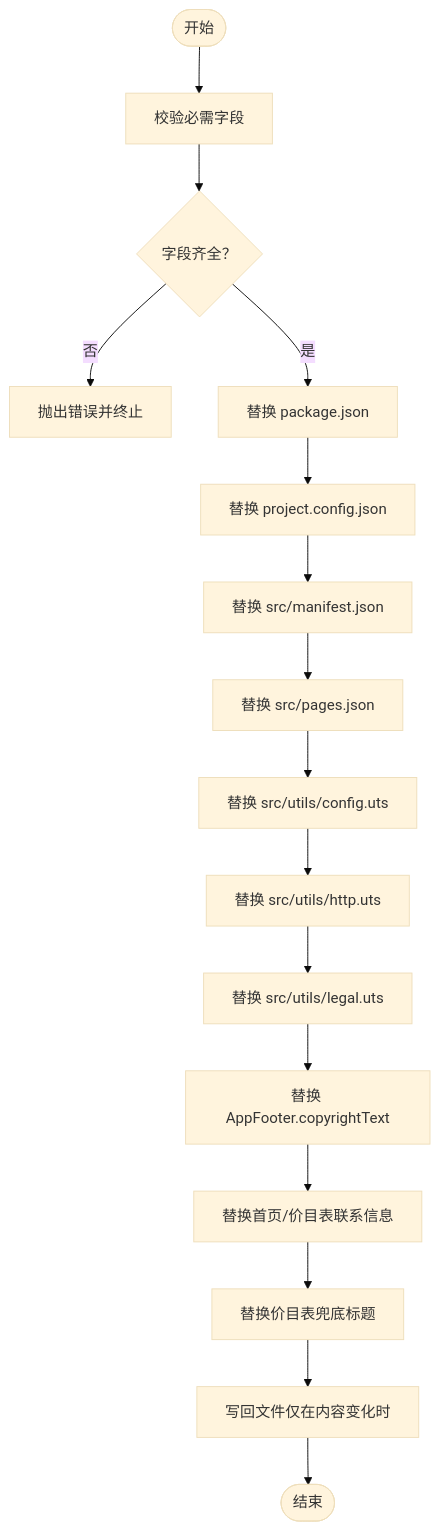
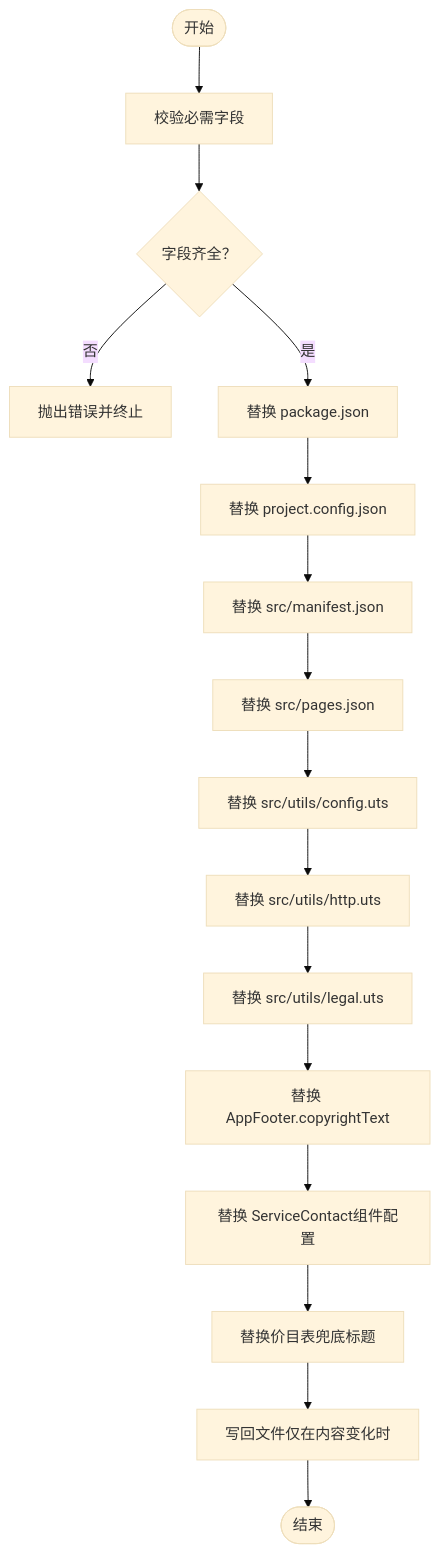
Before and after one commit to crazyma99/blueberry: the third of 4 diagrams in .qoder/repowiki/zh/content/Profile配置系统/Profile应用流程.md, drawn with Mermaid (base theme). The commit also changed other lines of this file and 14 other files, not shown here.

````diff
--- a/.qoder/repowiki/zh/content/Profile配置系统/Profile应用流程.md
+++ b/.qoder/repowiki/zh/content/Profile配置系统/Profile应用流程.md
@@ -197,18 +222,18 @@
 ```mermaid
 flowchart TD
 Start(["开始"]) --> CheckEnv["校验必需字段"]
 CheckEnv --> EnvOK{"字段齐全？"}
 EnvOK --> |否| ThrowErr["抛出错误并终止"]
 EnvOK --> |是| ReplacePkg["替换 package.json"]
 ReplacePkg --> ReplaceCfg["替换 project.config.json"]
 ReplaceCfg --> ReplaceMan["替换 src/manifest.json"]
 ReplaceMan --> ReplacePages["替换 src/pages.json"]
 ReplacePages --> ReplaceConf["替换 src/utils/config.uts"]
 ReplaceConf --> ReplaceHttp["替换 src/utils/http.uts"]
 ReplaceHttp --> ReplaceLegal["替换 src/utils/legal.uts"]
 ReplaceLegal --> ReplaceFooter["替换 AppFooter.copyrightText"]
-ReplaceFooter --> ReplaceContact["替换首页/价目表联系信息"]
-ReplaceContact --> ReplacePrice["替换价目表兜底标题"]
+ReplaceFooter --> ReplaceServiceContact["替换 ServiceContact组件配置"]
+ReplaceServiceContact --> ReplacePrice["替换价目表兜底标题"]
 ReplacePrice --> WriteBack["写回文件仅在内容变化时"]
 WriteBack --> End(["结束"])
 ```
````
